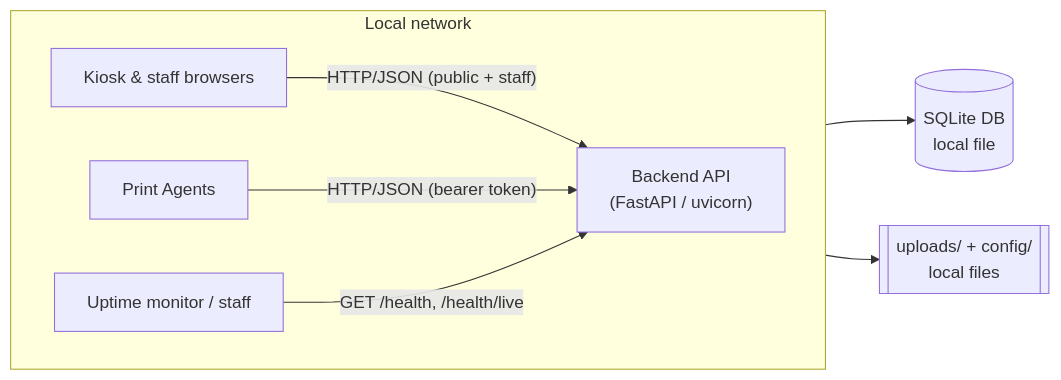
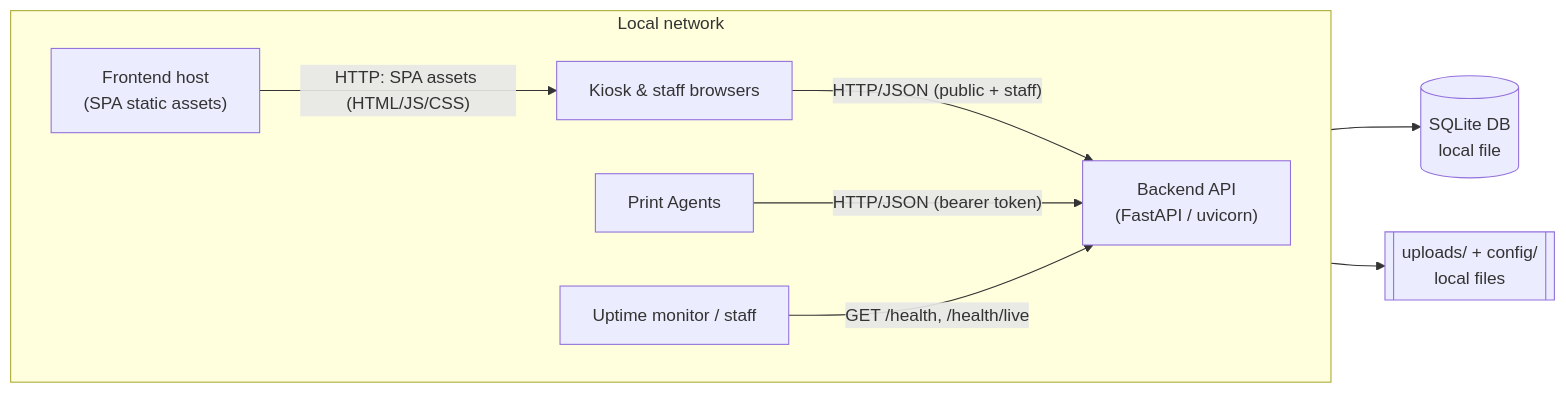
Before and after one commit to stemy-msft/PBC-Guest-Kiosk: the first of 3 diagrams in docs/01-Architecture/NetworkFlow.md, drawn with Mermaid. The commit also changed other lines of this file and 27 other files, not shown here.

````diff
--- a/docs/01-Architecture/NetworkFlow.md
+++ b/docs/01-Architecture/NetworkFlow.md
@@ -20,17 +27,19 @@
 ```mermaid
 flowchart LR
     subgraph LAN["Local network"]
         direction LR
+        FEhost["Frontend host<br/>(SPA static assets)"]
         Browser["Kiosk & staff browsers"]
         Agent["Print Agents"]
         Monitor["Uptime monitor / staff"]
         BE["Backend API<br/>(FastAPI / uvicorn)"]
     end
 
+    FEhost -- "HTTP: SPA assets (HTML/JS/CSS)" --> Browser
     Browser -- "HTTP/JSON (public + staff)" --> BE
     Agent -- "HTTP/JSON (bearer token)" --> BE
     Monitor -- "GET /health, /health/live" --> BE
 
     BE --> DB[("SQLite DB<br/>local file")]
     BE --> Files[["uploads/ + config/<br/>local files"]]
 ```
````
